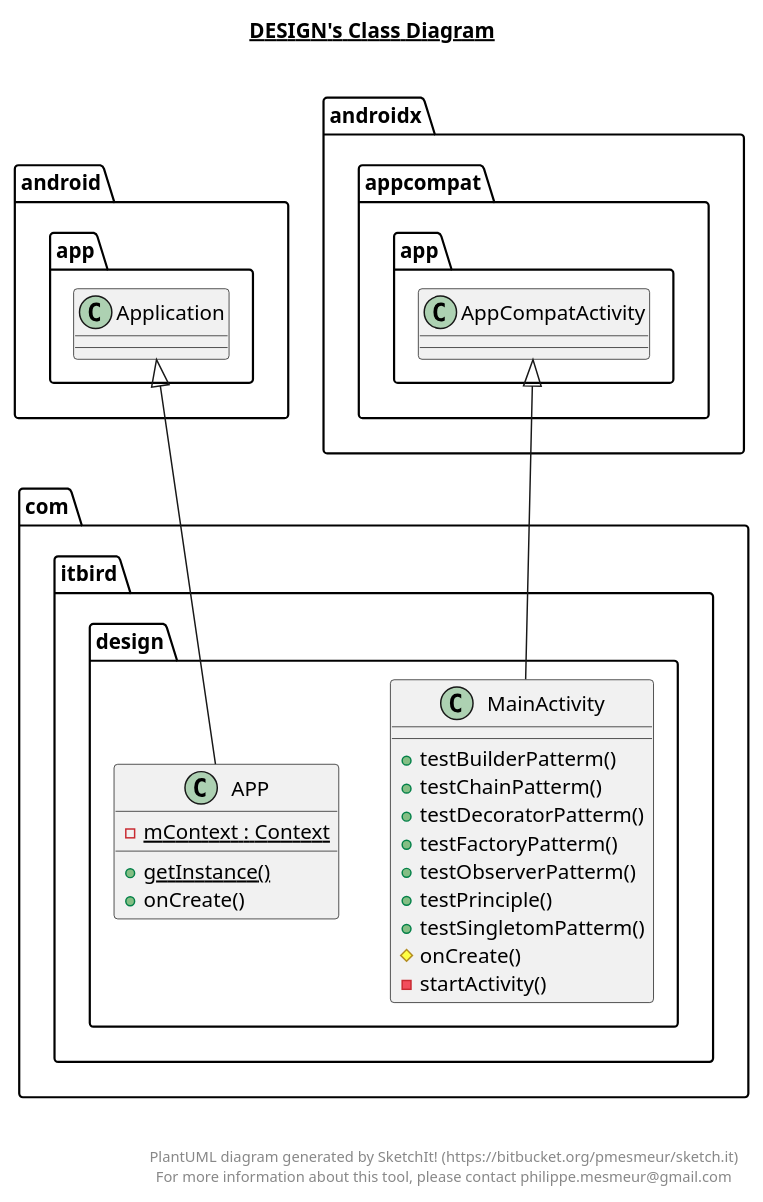
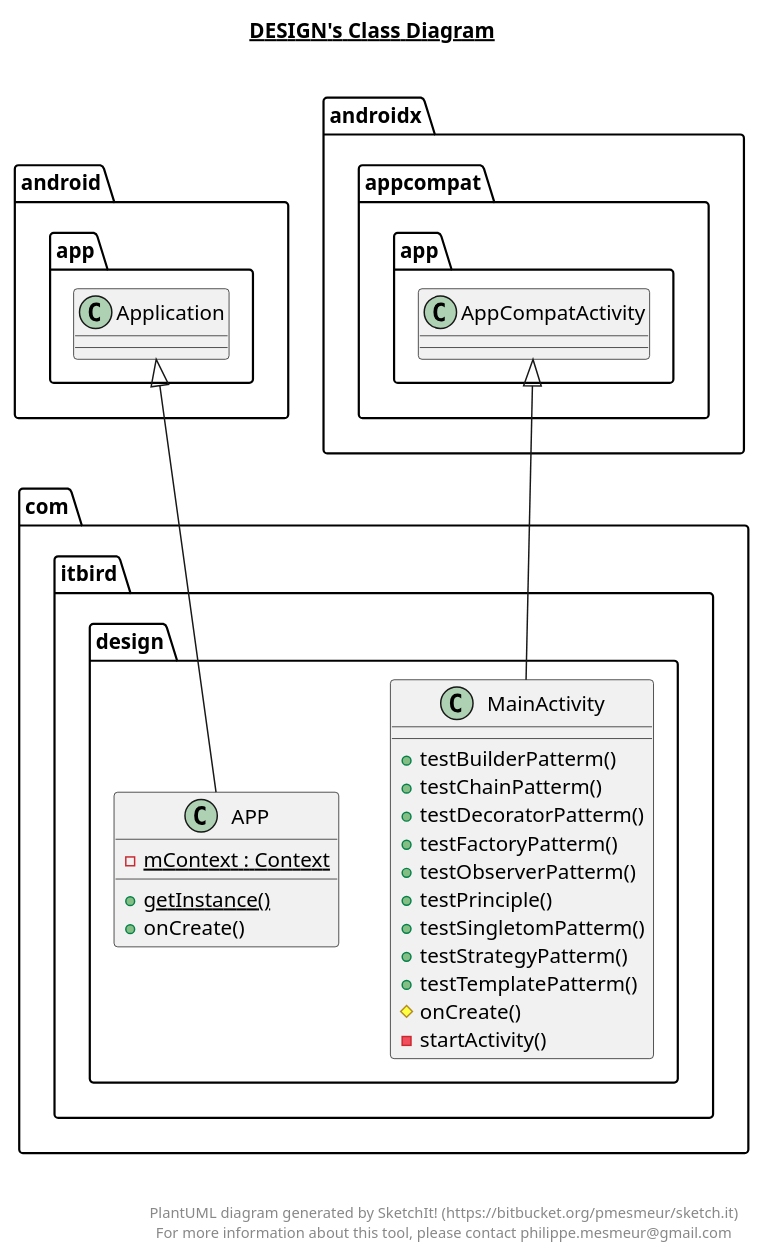
Before and after one commit to xfkang/DesignPatternPractice: the diagram in app/src/main/java/com/itbird/design/design.plantuml, drawn with PlantUML. The commit also changed 54 other files, not shown here.

```diff
--- a/app/src/main/java/com/itbird/design/design.plantuml
+++ b/app/src/main/java/com/itbird/design/design.plantuml
@@ -1,40 +1,42 @@
 @startuml
 
 title __DESIGN's Class Diagram__\n
 
   namespace com.itbird.design {
     class com.itbird.design.APP {
         {static} - mContext : Context
         {static} + getInstance()
         + onCreate()
     }
   }
   
 
   namespace com.itbird.design {
     class com.itbird.design.MainActivity {
         + testBuilderPatterm()
         + testChainPatterm()
         + testDecoratorPatterm()
         + testFactoryPatterm()
         + testObserverPatterm()
         + testPrinciple()
         + testSingletomPatterm()
+        + testStrategyPatterm()
+        + testTemplatePatterm()
         # onCreate()
         - startActivity()
     }
   }
   
 
   com.itbird.design.APP -up-|> android.app.Application
   com.itbird.design.MainActivity -up-|> androidx.appcompat.app.AppCompatActivity
 
 
 right footer
 
 
 PlantUML diagram generated by SketchIt! (https://bitbucket.org/pmesmeur/sketch.it)
 For more information about this tool, please contact philippe.mesmeur@gmail.com
 endfooter
 
 @enduml
```
